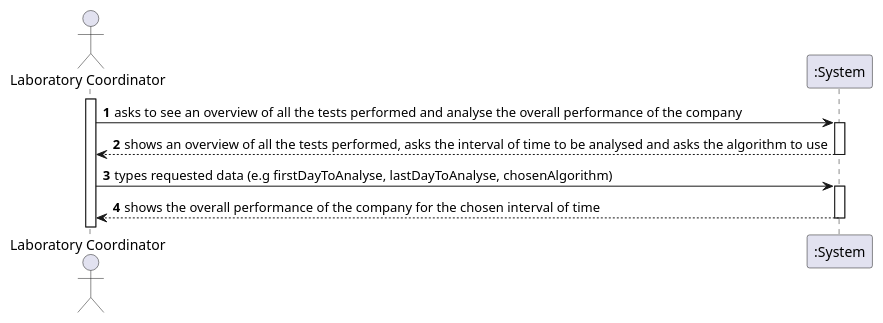
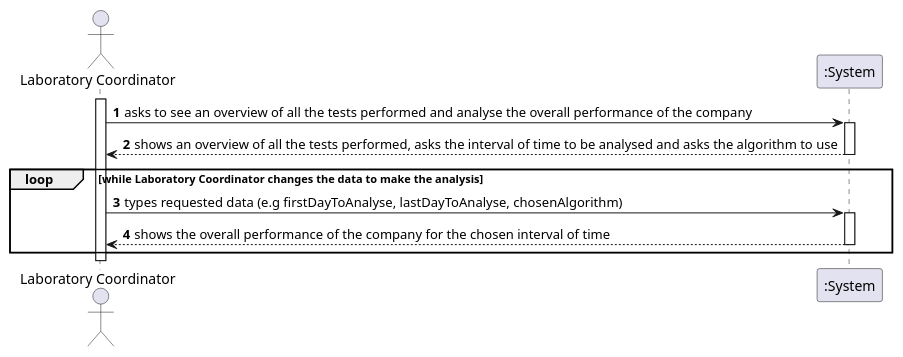
The diagram in docs/SprintD/US_16/US16_SSD.puml (ana-albergaria/LAPR2-ISEP), drawn with PlantUML before and after one commit. The commit also changed 1 other file, not shown here.

```diff
--- a/docs/SprintD/US_16/US16_SSD.puml
+++ b/docs/SprintD/US_16/US16_SSD.puml
@@ -1,16 +1,18 @@
 @startuml
 autonumber
 actor "Laboratory Coordinator" as LC
 
 activate LC
 LC-> ":System" : asks to see an overview of all the tests performed and analyse the overall performance of the company
 activate ":System"
 ":System" --> LC : shows an overview of all the tests performed, asks the interval of time to be analysed and asks the algorithm to use
 deactivate ":System"
 
+loop while Laboratory Coordinator changes the data to make the analysis
 LC-> ":System" : types requested data (e.g firstDayToAnalyse, lastDayToAnalyse, chosenAlgorithm)
 activate ":System"
 ":System" --> LC : shows the overall performance of the company for the chosen interval of time
 deactivate ":System"
+end
 
 @enduml
```
